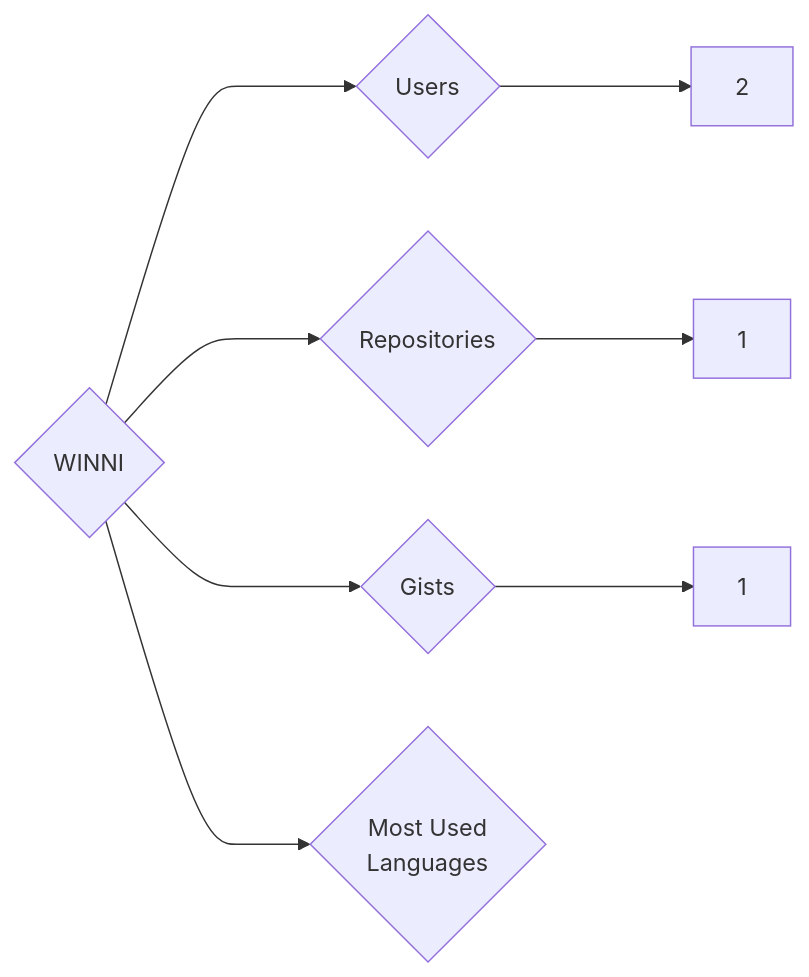
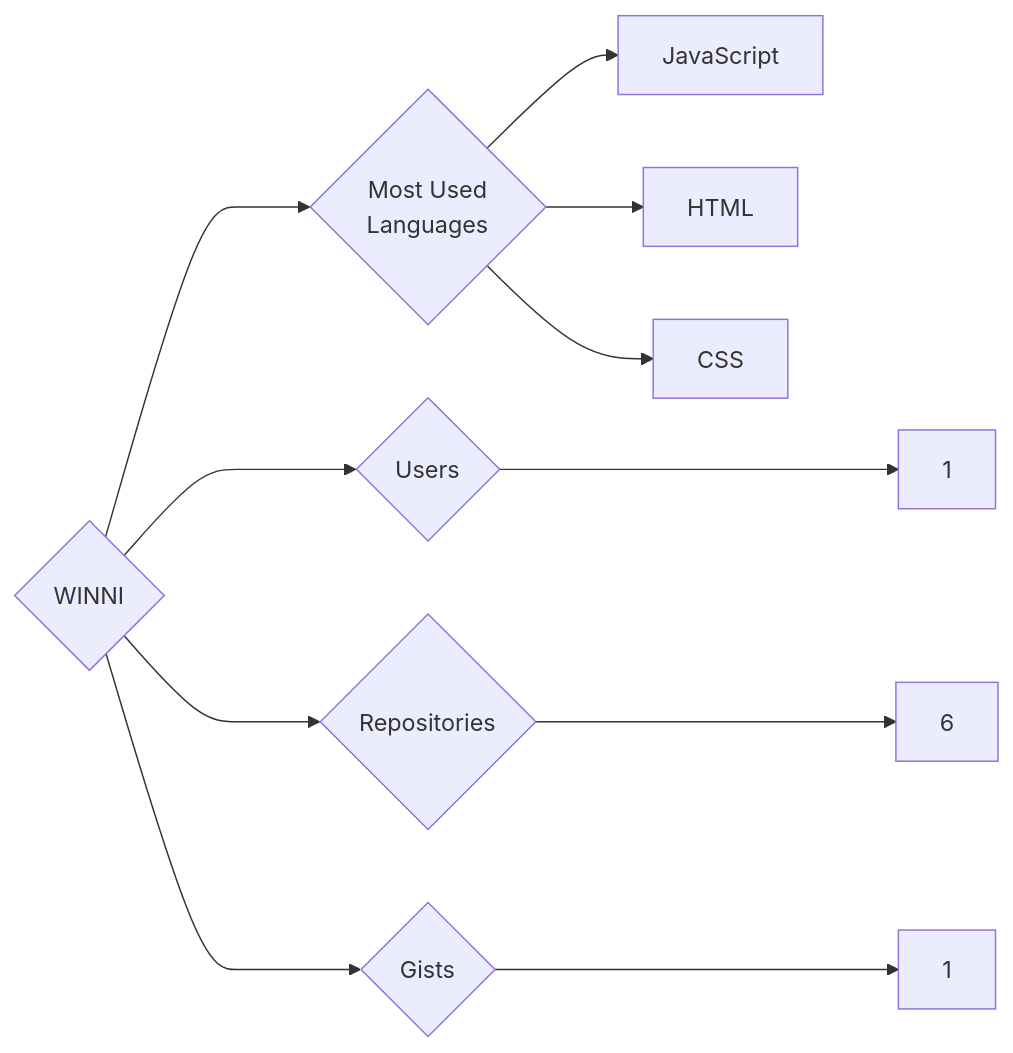
One commit to trickest/insiders changed the diagram in targets/WINNI/README.md. Above: the diagram before and after it, drawn with Mermaid. The commit also changed 964 other files, not shown here.

````diff
--- a/targets/WINNI/README.md
+++ b/targets/WINNI/README.md
@@ -3,8 +3,11 @@
 ```mermaid
 graph LR
 COMPANY_NAME{WINNI}
-COMPANY_NAME ---> U{Users} ---> UN[2]
-COMPANY_NAME ---> R{Repositories} ---> RN[1]
+COMPANY_NAME ---> U{Users} ---> UN[1]
+COMPANY_NAME ---> R{Repositories} ---> RN[6]
 COMPANY_NAME ---> G{Gists} ---> GN[1]
 COMPANY_NAME ---> ML{Most Used<br>Languages}
+ML --> JavaScript[JavaScript]
+ML --> HTML[HTML]
+ML --> CSS[CSS]
 ```
````
